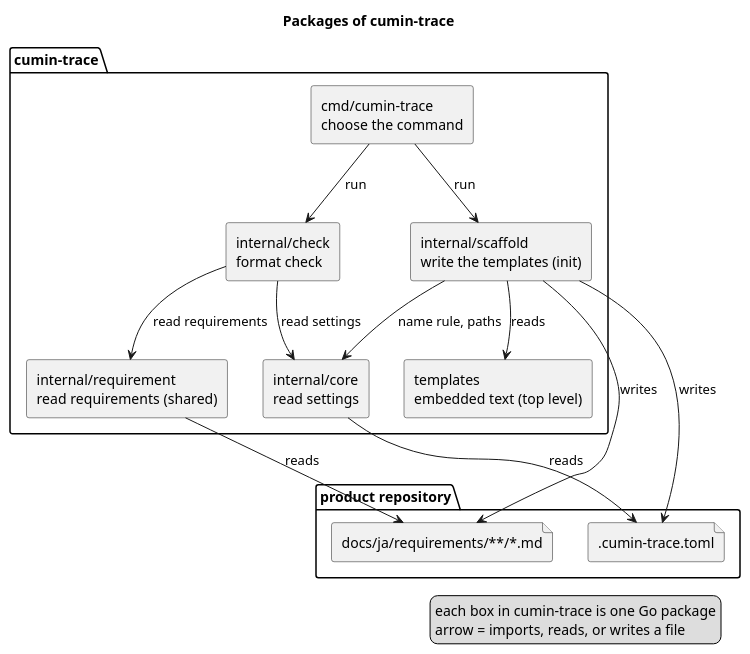
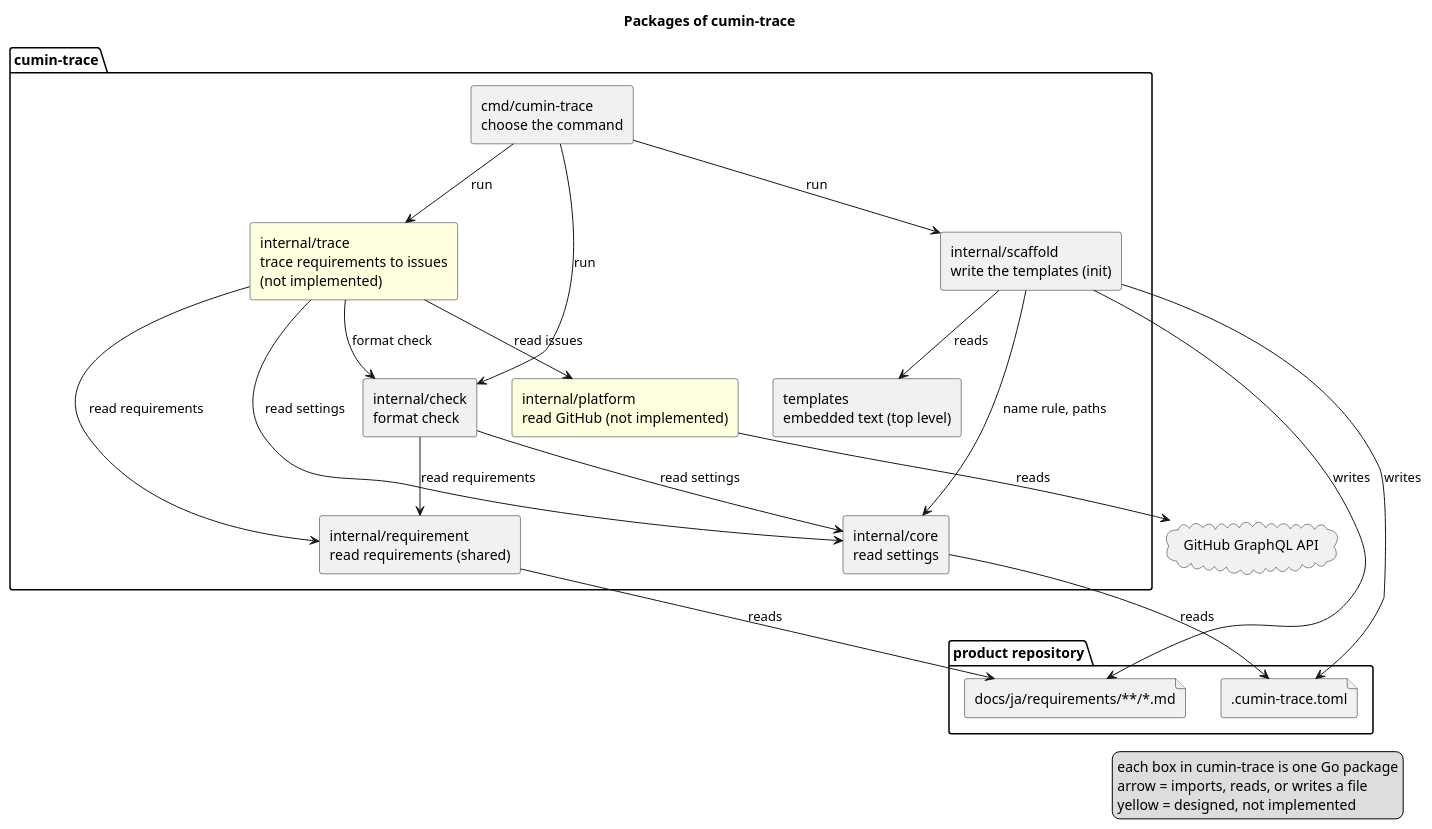
One commit to cloveclovedev/cumin-trace changed the diagram in docs/ja/architecture/overview.puml. Above: the diagram before and after it, drawn with PlantUML. The commit also changed 12 other files, not shown here.

First line of the commit message:
docs(designs): write the design document of tracing requirements to issues (#66)

```diff
--- a/docs/ja/architecture/overview.puml
+++ b/docs/ja/architecture/overview.puml
@@ -1,35 +1,46 @@
 @startuml overview
 title Packages of cumin-trace
 skinparam shadowing false
 skinparam componentStyle rectangle
 
 package "product repository" {
   file ".cumin-trace.toml" as toml
   file "docs/ja/requirements/**/*.md" as docs
 }
 
 package "cumin-trace" {
   [cmd/cumin-trace\nchoose the command] as cmd
   [internal/check\nformat check] as check
   [internal/requirement\nread requirements (shared)] as requirement
   [internal/core\nread settings] as core
   [internal/scaffold\nwrite the templates (init)] as scaffold
   [templates\nembedded text (top level)] as templates
+  [internal/trace\ntrace requirements to issues\n(not implemented)] as trace #LightYellow
+  [internal/platform\nread GitHub (not implemented)] as platform #LightYellow
 }
+
+cloud "GitHub GraphQL API" as api
 
 cmd --> check : run
 cmd --> scaffold : run
+cmd --> trace : run
+trace --> check : format check
+trace --> requirement : read requirements
+trace --> core : read settings
+trace --> platform : read issues
+platform --> api : reads
 scaffold --> templates : reads
 scaffold --> core : name rule, paths
 scaffold --> toml : writes
 scaffold --> docs : writes
 check --> requirement : read requirements
 check --> core : read settings
 core --> toml : reads
 requirement --> docs : reads
 
 legend right
   each box in cumin-trace is one Go package
   arrow = imports, reads, or writes a file
+  yellow = designed, not implemented
 endlegend
 @enduml
```
